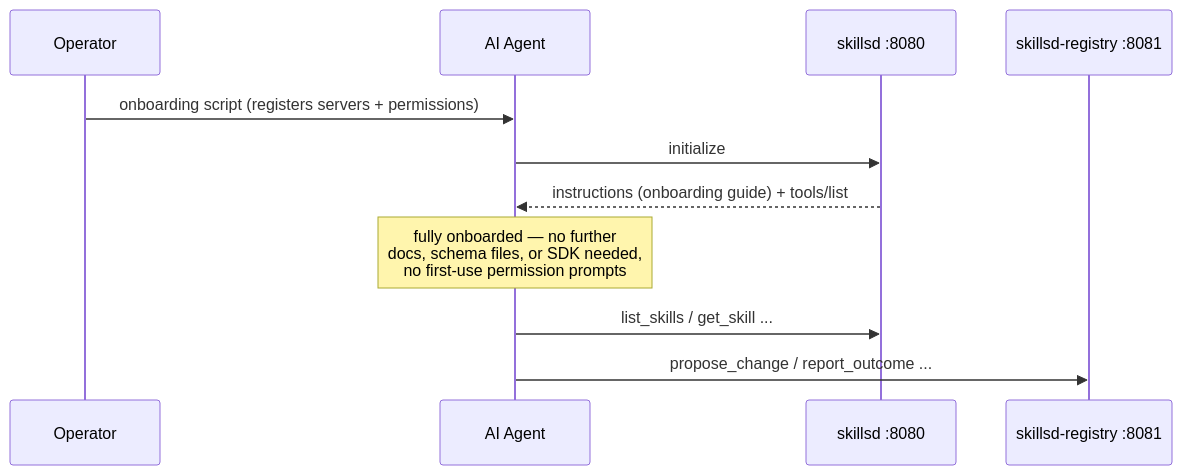
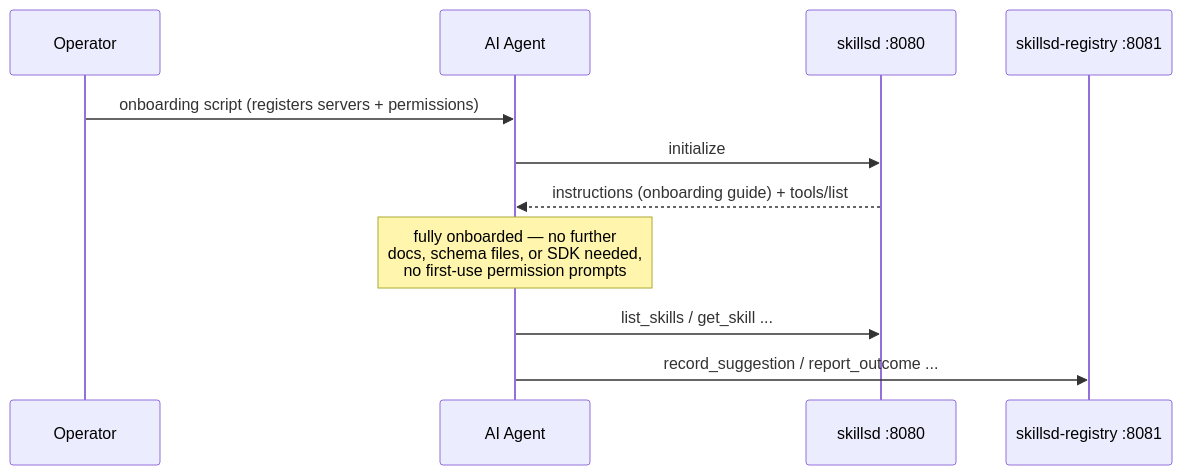
One commit to araghukas/skillset changed the diagram in docs/quickstart.md. Above: the diagram before and after it, drawn with Mermaid. The commit also changed other lines of this file and 38 other files, not shown here.

````diff
--- a/docs/quickstart.md
+++ b/docs/quickstart.md
@@ -145,14 +145,14 @@
 ```mermaid
 sequenceDiagram
     participant Op as Operator
     participant Agent as AI Agent
     participant Read as skillsd :8080
     participant Write as skillsd-registry :8081
 
     Op->>Agent: onboarding script (registers servers + permissions)
     Agent->>Read: initialize
     Read-->>Agent: instructions (onboarding guide) + tools/list
     Note over Agent: fully onboarded — no further<br/>docs, schema files, or SDK needed,<br/>no first-use permission prompts
     Agent->>Read: list_skills / get_skill ...
-    Agent->>Write: propose_change / report_outcome ...
+    Agent->>Write: record_suggestion / report_outcome ...
 ```
````
